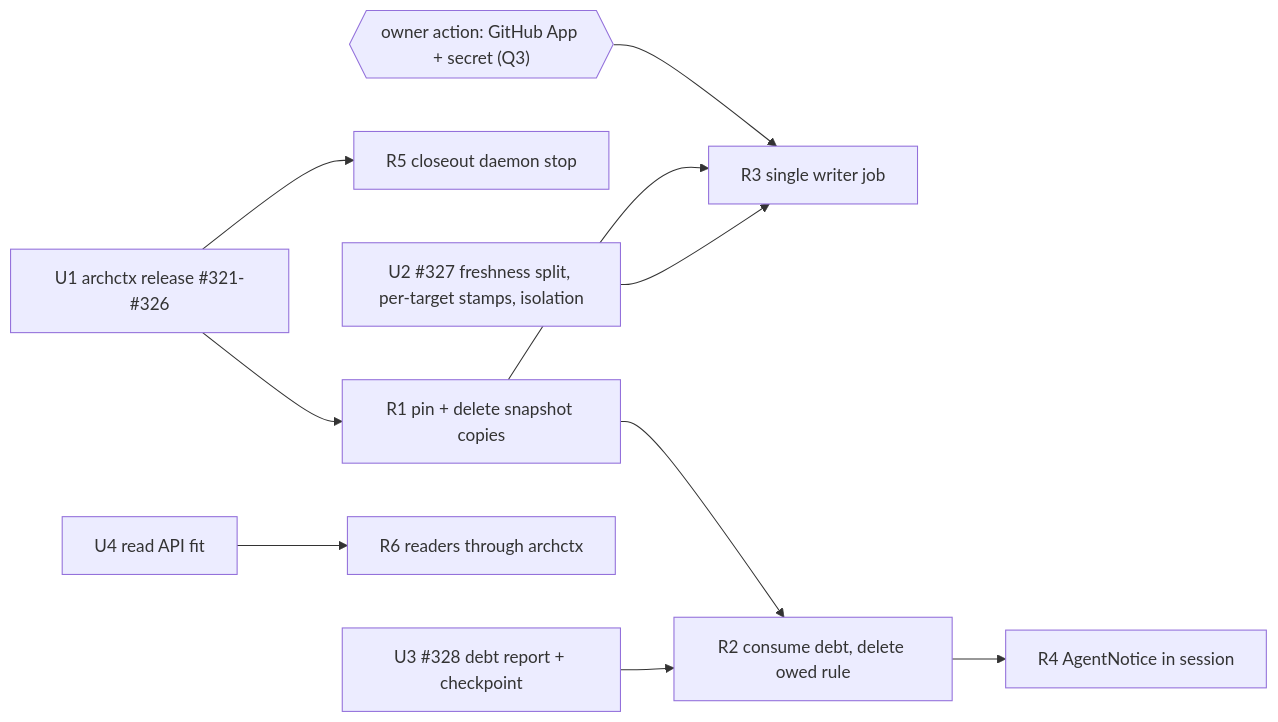
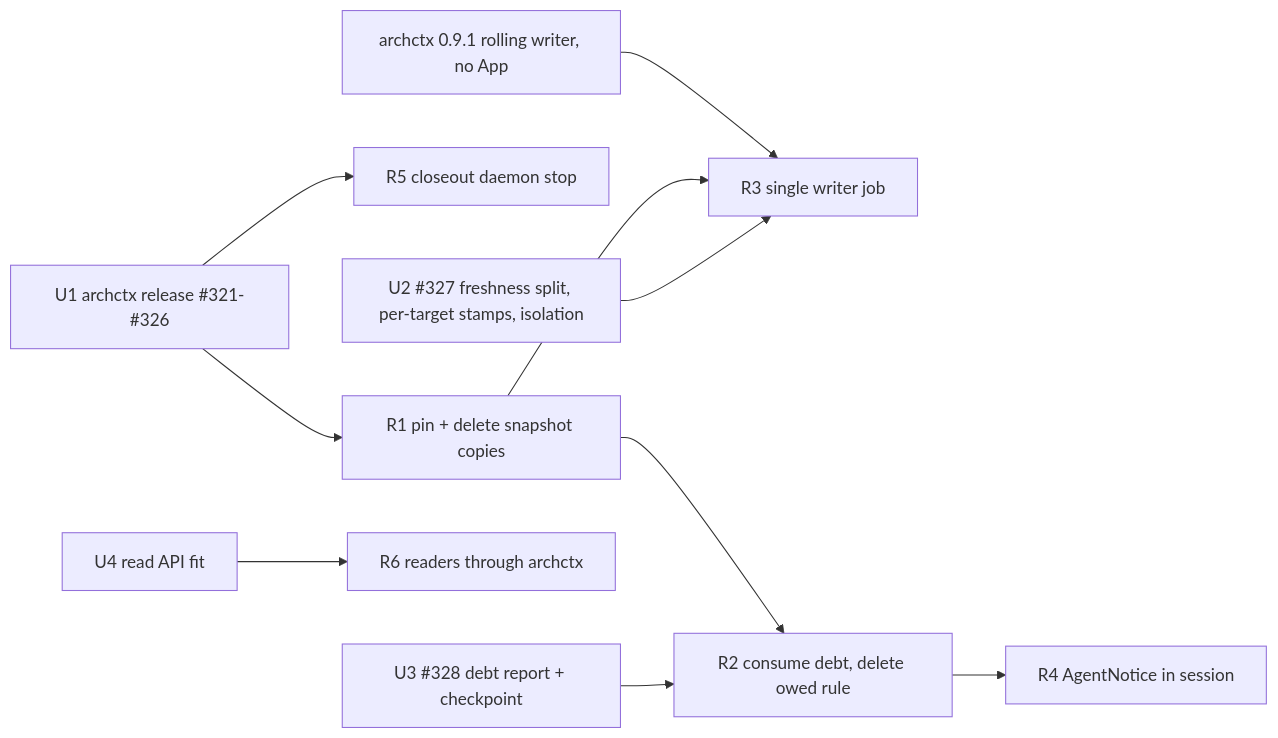
One commit to Ancienttwo/repo-harness changed the diagram in plans/plan-20261014-0209-architecture-debt-loop-690.md. Above: the diagram before and after it, drawn with Mermaid. The commit also changed other lines of this file and 27 other files, not shown here.

Commit message:
feat(archctx): bump 0.9.1 and single-writer R3 (#736)

````diff
--- a/plans/plan-20261014-0209-architecture-debt-loop-690.md
+++ b/plans/plan-20261014-0209-architecture-debt-loop-690.md
@@ -358,12 +358,12 @@
 ```mermaid
 graph LR
   U1["U1 archctx release #321-#326"] --> R1["R1 pin + delete snapshot copies"]
   U1 --> R5["R5 closeout daemon stop"]
   U2["U2 #327 freshness split, per-target stamps, isolation"] --> R3["R3 single writer job"]
   U3["U3 #328 debt report + checkpoint"] --> R2["R2 consume debt, delete owed rule"]
   R1 --> R2
   R1 --> R3
   R2 --> R4["R4 AgentNotice in session"]
   U4["U4 read API fit"] --> R6["R6 readers through archctx"]
-  APP{{"owner action: GitHub App + secret (Q3)"}} --> R3
+  WRITER["archctx 0.9.1 rolling writer, no App"] --> R3
 ```
````
